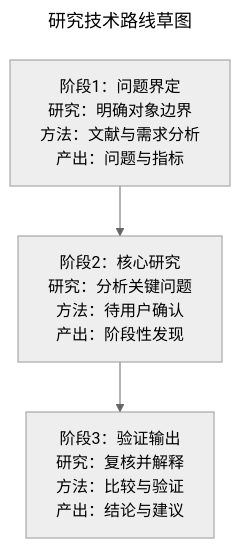
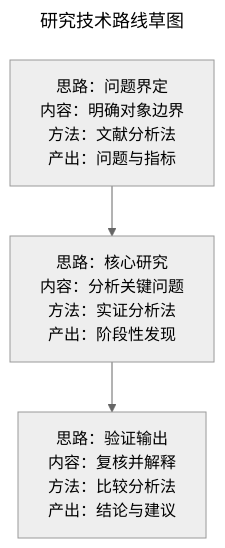
Before and after one commit to yz20211314/research-route-map: the diagram in assets/templates/route-draft.mmd, drawn with Mermaid (neutral theme). The commit also changed 22 other files, not shown here.

```diff
--- a/assets/templates/route-draft.mmd
+++ b/assets/templates/route-draft.mmd
@@ -1,13 +1,13 @@
 ---
 title: 研究技术路线草图
 config:
   flowchart:
     curve: stepAfter
 ---
 flowchart TD
   %% revision: 1
-  S1["阶段1：问题界定<br/>研究：明确对象边界<br/>方法：文献与需求分析<br/>产出：问题与指标"]
-  S2["阶段2：核心研究<br/>研究：分析关键问题<br/>方法：待用户确认<br/>产出：阶段性发现"]
-  S3["阶段3：验证输出<br/>研究：复核并解释<br/>方法：比较与验证<br/>产出：结论与建议"]
+  S1["思路：问题界定<br/>内容：明确对象边界<br/>方法：文献分析法<br/>产出：问题与指标"]
+  S2["思路：核心研究<br/>内容：分析关键问题<br/>方法：实证分析法<br/>产出：阶段性发现"]
+  S3["思路：验证输出<br/>内容：复核并解释<br/>方法：比较分析法<br/>产出：结论与建议"]
   S1 --> S2
   S2 --> S3
```
